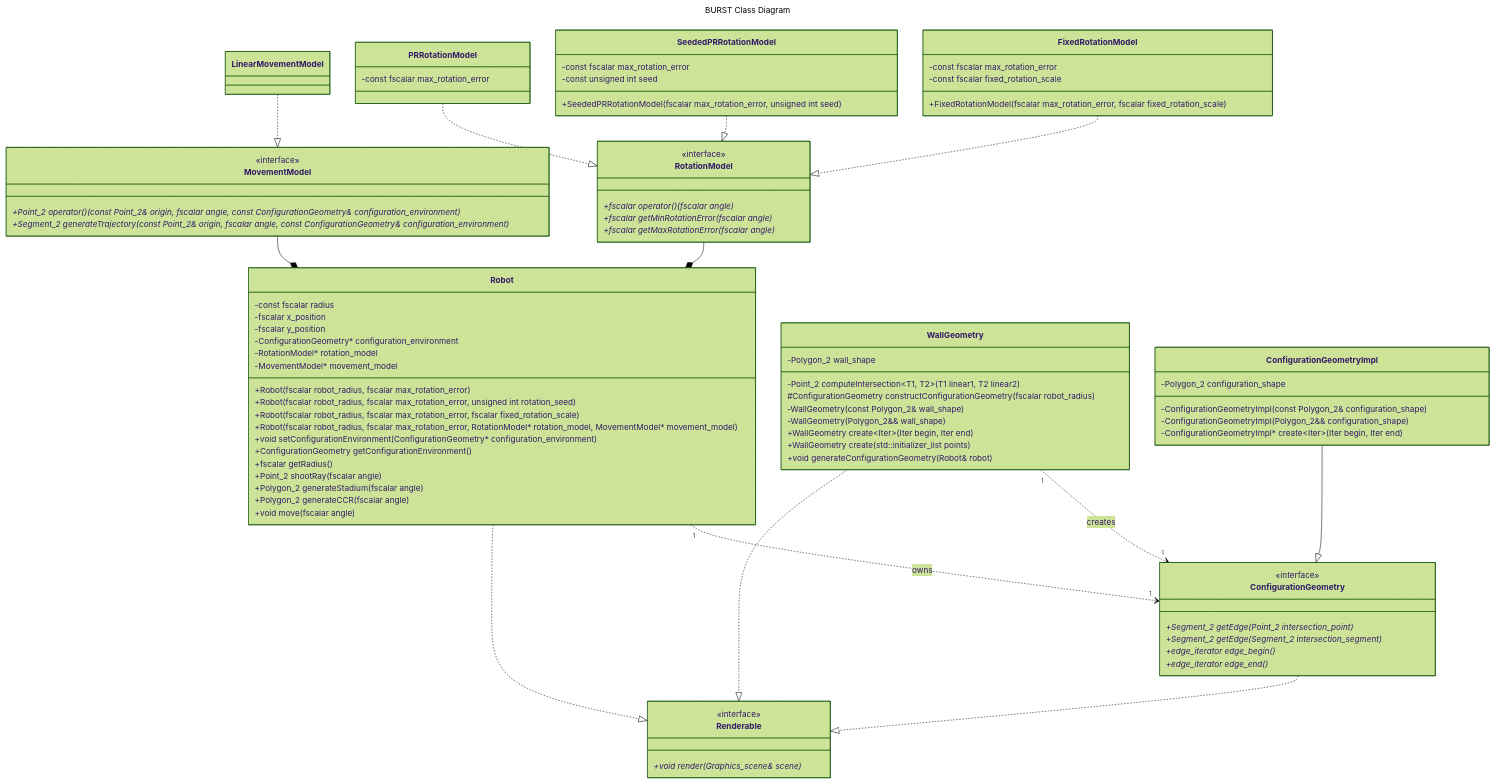
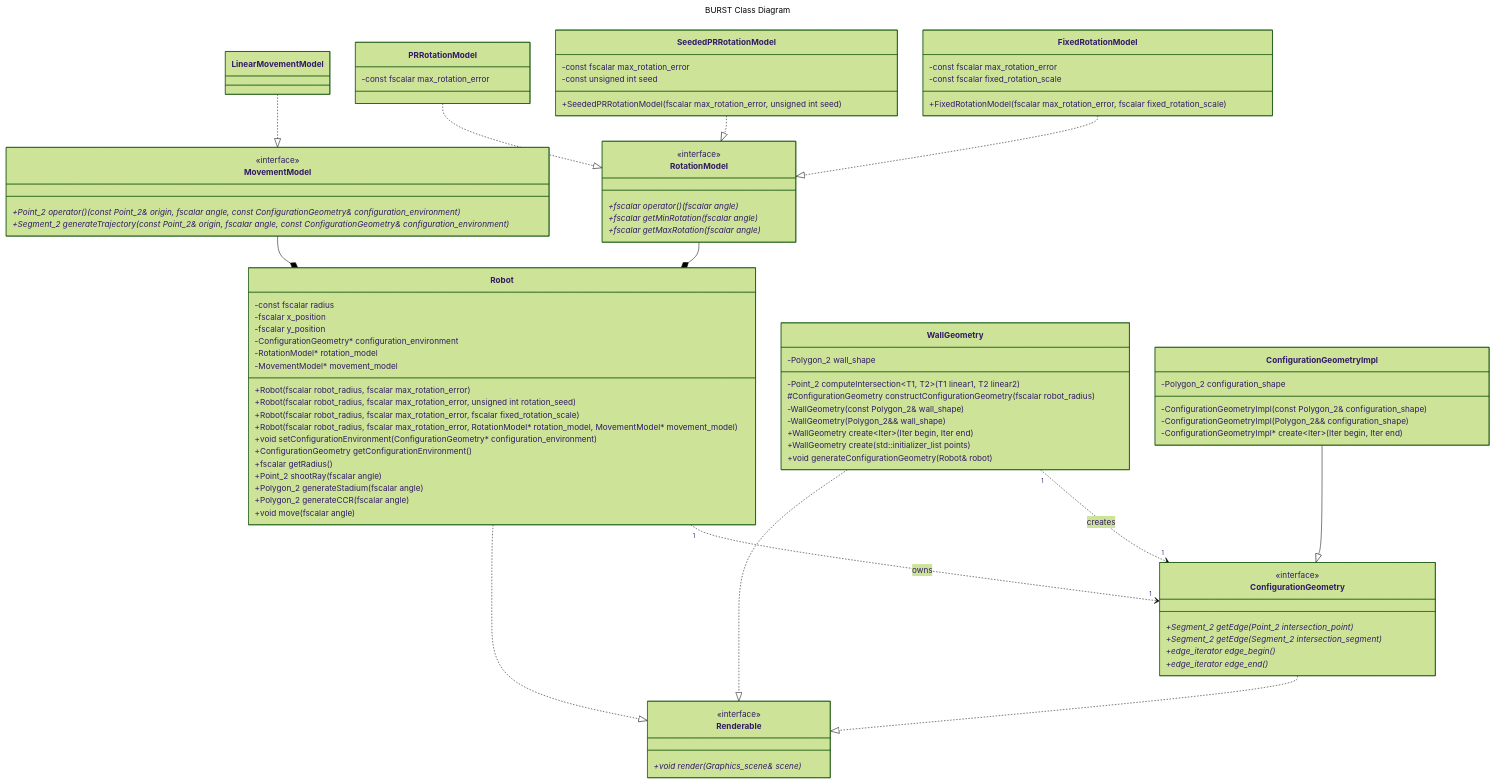
Before and after one commit to KedarPanchal/DAIR-BURST: the diagram in docs/DESIGN.md, drawn with Mermaid (forest theme). The commit also changed 1 other file, not shown here.

Commit message:
Rename model functions

```diff
--- a/docs/DESIGN.md
+++ b/docs/DESIGN.md
@@ -21,8 +21,8 @@
     direction TD
     class RotationModel {
         +fscalar operator() (fscalar angle)*
-        +fscalar getMinRotationError(fscalar angle)*
-        +fscalar getMaxRotationError(fscalar angle)*
+        +fscalar getMinRotation(fscalar angle)*
+        +fscalar getMaxRotation(fscalar angle)*
     }
     <<interface>> RotationModel
     
```
